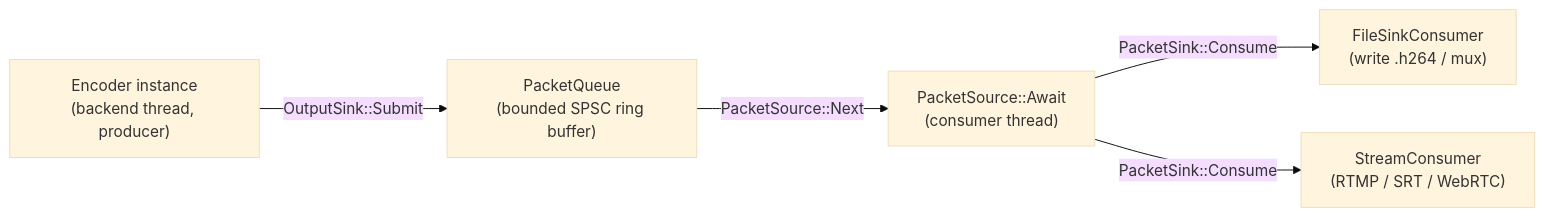
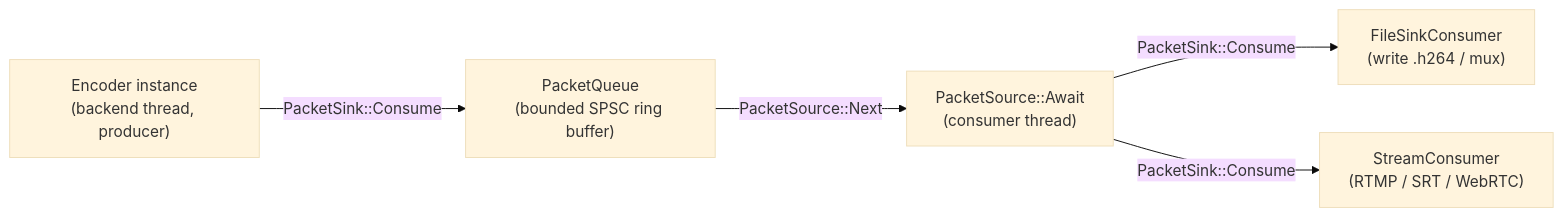
The first of 2 diagrams in codec/doc/architecture/output-queue.md (oxsource/video_codec), drawn with Mermaid (base theme) before and after one commit. The commit also changed other lines of this file and 29 other files, not shown here.

First line of the commit message:
refactor(queue): unify OutputSink into PacketSink

````diff
--- a/codec/doc/architecture/output-queue.md
+++ b/codec/doc/architecture/output-queue.md
@@ -10,13 +10,13 @@
 ```mermaid
 flowchart LR
     ENC["Encoder instance<br/>(backend thread, producer)"]
     Q["PacketQueue<br/>(bounded SPSC ring buffer)"]
     AW["PacketSource::Await<br/>(consumer thread)"]
     FC["FileSinkConsumer<br/>(write .h264 / mux)"]
     SC["StreamConsumer<br/>(RTMP / SRT / WebRTC)"]
 
-    ENC -->|OutputSink::Submit| Q
+    ENC -->|PacketSink::Consume| Q
     Q -->|PacketSource::Next| AW
     AW -->|PacketSink::Consume| FC
     AW -->|PacketSink::Consume| SC
 ```
````
